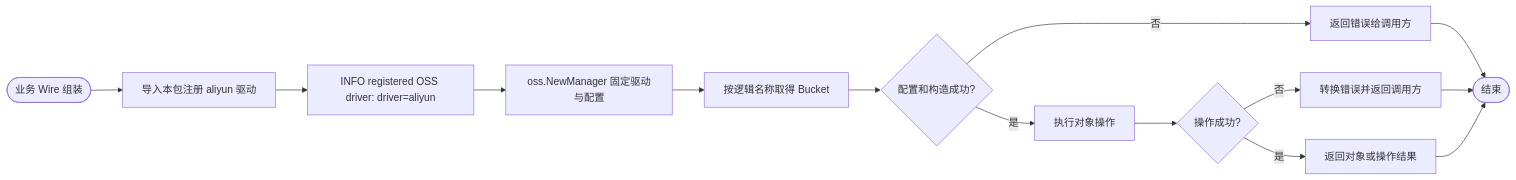
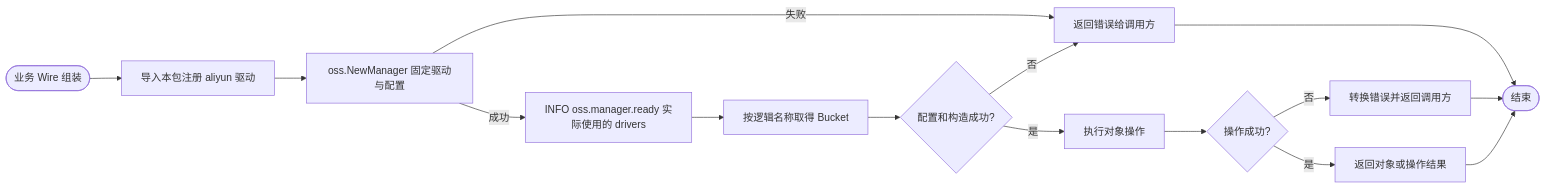
Before and after one commit to jaggerzhuang1994/kratos-foundation: the diagram in contrib/oss/aliyun/README.md, drawn with Mermaid. The commit also changed 204 other files, not shown here.

````diff
--- a/contrib/oss/aliyun/README.md
+++ b/contrib/oss/aliyun/README.md
@@ -12,16 +12,17 @@
 ```mermaid
 flowchart LR
     A([业务 Wire 组装]) --> B[导入本包注册 aliyun 驱动]
-    B --> L[INFO registered OSS driver: driver=aliyun]
-    L --> C[oss.NewManager 固定驱动与配置]
-    C --> D[按逻辑名称取得 Bucket]
+    B --> C[oss.NewManager 固定驱动与配置]
+    C -- 成功 --> L[INFO oss.manager.ready 实际使用的 drivers]
+    C -- 失败 --> F
+    L --> D[按逻辑名称取得 Bucket]
     D --> E{配置和构造成功?}
     E -- 否 --> F[返回错误给调用方]
     E -- 是 --> G[执行对象操作]
     G --> H{操作成功?}
     H -- 否 --> I[转换错误并返回调用方]
     H -- 是 --> J[返回对象或操作结果]
     F --> K([结束])
     I --> K
     J --> K
 ```
````
